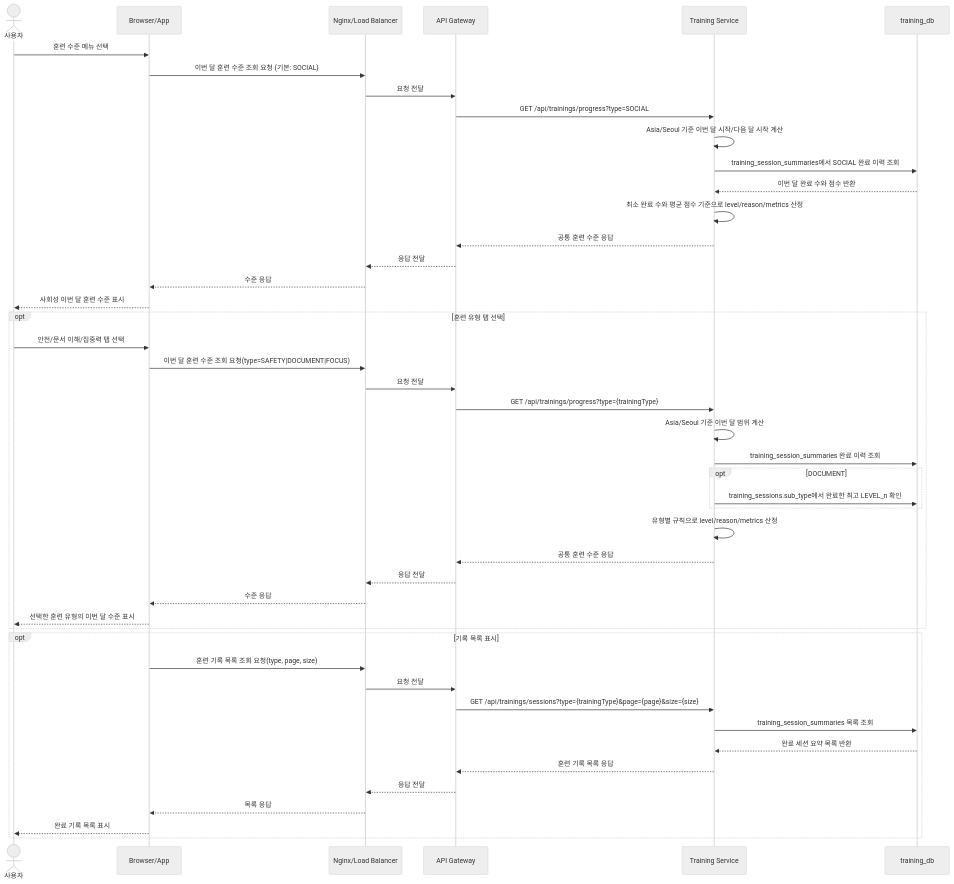
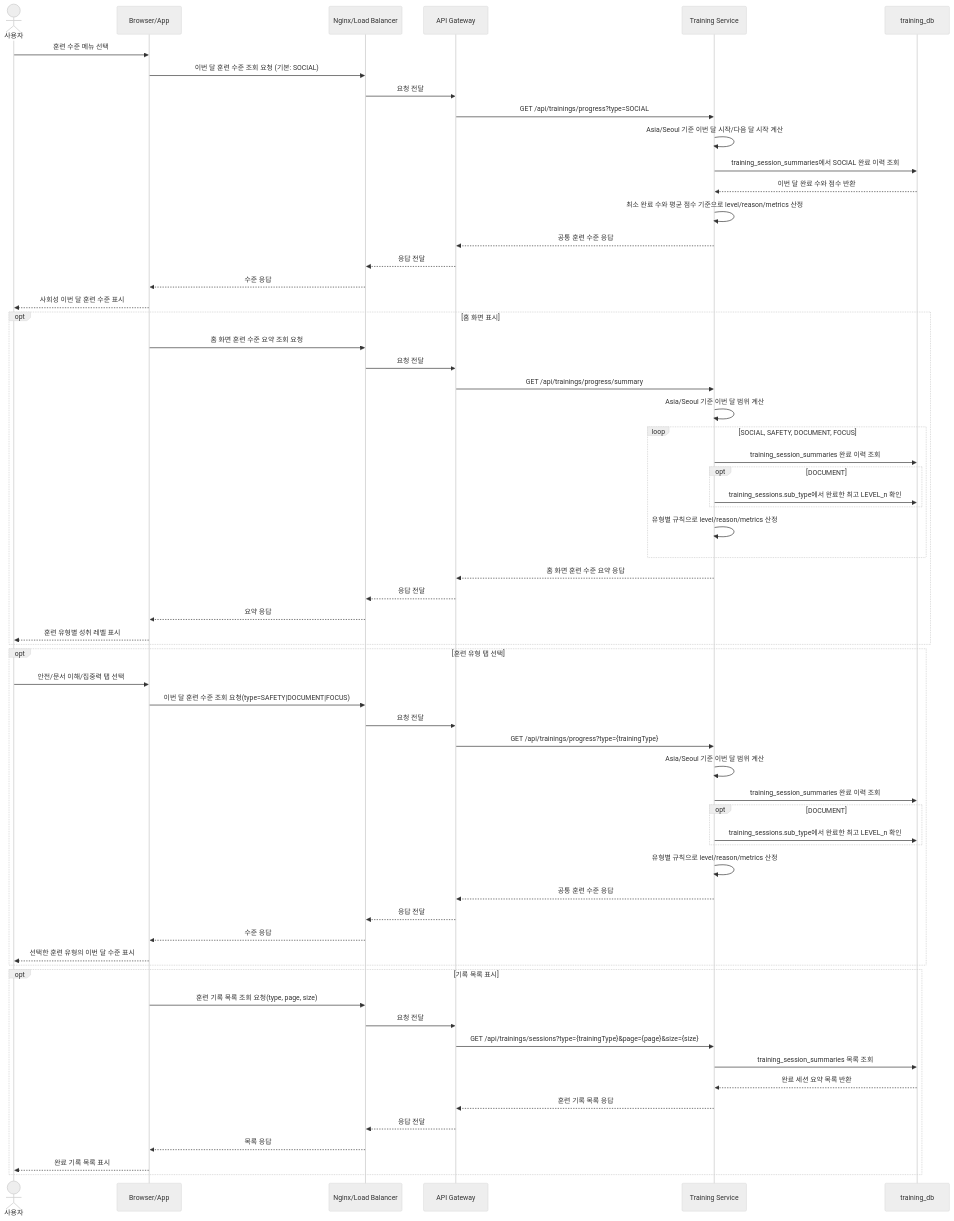
One commit to JangChwiSa/training-service changed the sixth of 12 diagrams in docs/architecture/sequence-diagrams.md. Above: the diagram before and after it, drawn with Mermaid (neutral theme). The commit also changed 11 other files, not shown here.

Commit message:
Add home progress summary API

````diff
--- a/docs/architecture/sequence-diagrams.md
+++ b/docs/architecture/sequence-diagrams.md
@@ -200,54 +200,73 @@
     ```mermaid
     sequenceDiagram
         actor User as 사용자
         participant Browser as Browser/App
         participant Nginx as Nginx/Load Balancer
         participant GW as API Gateway
         participant TS as Training Service
         participant TDB as training_db
     
         ## 1. 훈련 수준 페이지 진입
         User->>Browser: 훈련 수준 메뉴 선택
         Browser->>Nginx: 이번 달 훈련 수준 조회 요청 (기본: SOCIAL)
         Nginx->>GW: 요청 전달
         GW->>TS: GET /api/trainings/progress?type=SOCIAL
         TS->>TS: Asia/Seoul 기준 이번 달 시작/다음 달 시작 계산
         TS->>TDB: training_session_summaries에서 SOCIAL 완료 이력 조회
         TDB-->>TS: 이번 달 완료 수와 점수 반환
         TS->>TS: 최소 완료 수와 평균 점수 기준으로 level/reason/metrics 산정
         TS-->>GW: 공통 훈련 수준 응답
         GW-->>Nginx: 응답 전달
         Nginx-->>Browser: 수준 응답
         Browser-->>User: 사회성 이번 달 훈련 수준 표시
+
+        ## 1-A. 홈 화면 전체 수준 요약 조회
+        opt 홈 화면 표시
+            Browser->>Nginx: 홈 화면 훈련 수준 요약 조회 요청
+            Nginx->>GW: 요청 전달
+            GW->>TS: GET /api/trainings/progress/summary
+            TS->>TS: Asia/Seoul 기준 이번 달 범위 계산
+            loop SOCIAL, SAFETY, DOCUMENT, FOCUS
+                TS->>TDB: training_session_summaries 완료 이력 조회
+                opt DOCUMENT
+                    TS->>TDB: training_sessions.sub_type에서 완료한 최고 LEVEL_n 확인
+                end
+                TS->>TS: 유형별 규칙으로 level/reason/metrics 산정
+            end
+            TS-->>GW: 홈 화면 훈련 수준 요약 응답
+            GW-->>Nginx: 응답 전달
+            Nginx-->>Browser: 요약 응답
+            Browser-->>User: 훈련 유형별 성취 레벨 표시
+        end
     
         ## 2. 다른 훈련 유형 탭 선택
         opt 훈련 유형 탭 선택
             User->>Browser: 안전/문서 이해/집중력 탭 선택
             Browser->>Nginx: 이번 달 훈련 수준 조회 요청(type=SAFETY|DOCUMENT|FOCUS)
             Nginx->>GW: 요청 전달
             GW->>TS: GET /api/trainings/progress?type={trainingType}
             TS->>TS: Asia/Seoul 기준 이번 달 범위 계산
             TS->>TDB: training_session_summaries 완료 이력 조회
             opt DOCUMENT
                 TS->>TDB: training_sessions.sub_type에서 완료한 최고 LEVEL_n 확인
             end
             TS->>TS: 유형별 규칙으로 level/reason/metrics 산정
             TS-->>GW: 공통 훈련 수준 응답
             GW-->>Nginx: 응답 전달
             Nginx-->>Browser: 수준 응답
             Browser-->>User: 선택한 훈련 유형의 이번 달 수준 표시
         end
     
         ## 3. 훈련 기록 목록 조회
         opt 기록 목록 표시
             Browser->>Nginx: 훈련 기록 목록 조회 요청(type, page, size)
             Nginx->>GW: 요청 전달
             GW->>TS: GET /api/trainings/sessions?type={trainingType}&page={page}&size={size}
             TS->>TDB: training_session_summaries 목록 조회
             TDB-->>TS: 완료 세션 요약 목록 반환
             TS-->>GW: 훈련 기록 목록 응답
             GW-->>Nginx: 응답 전달
             Nginx-->>Browser: 목록 응답
             Browser-->>User: 완료 기록 목록 표시
         end
     ```
````
